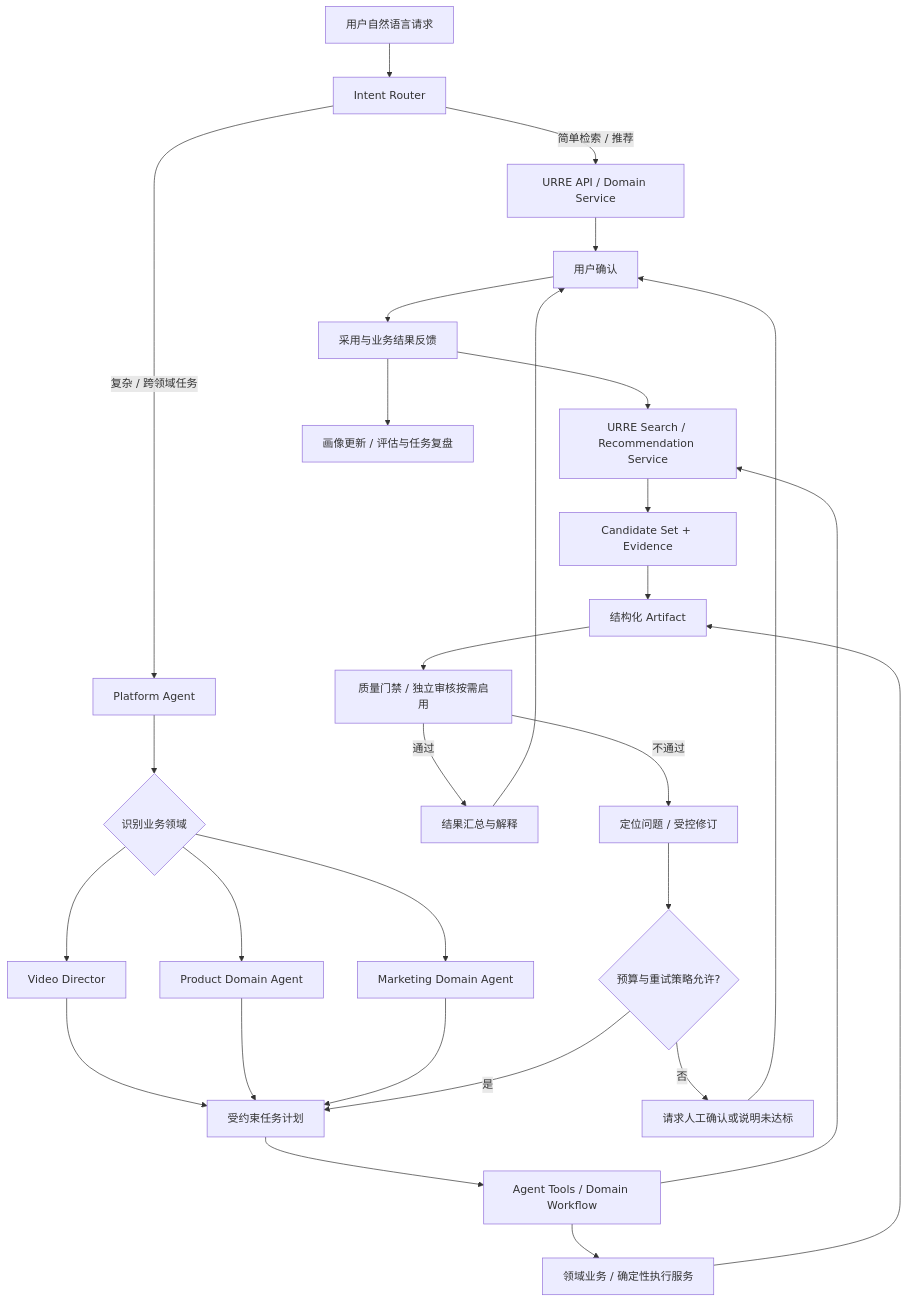
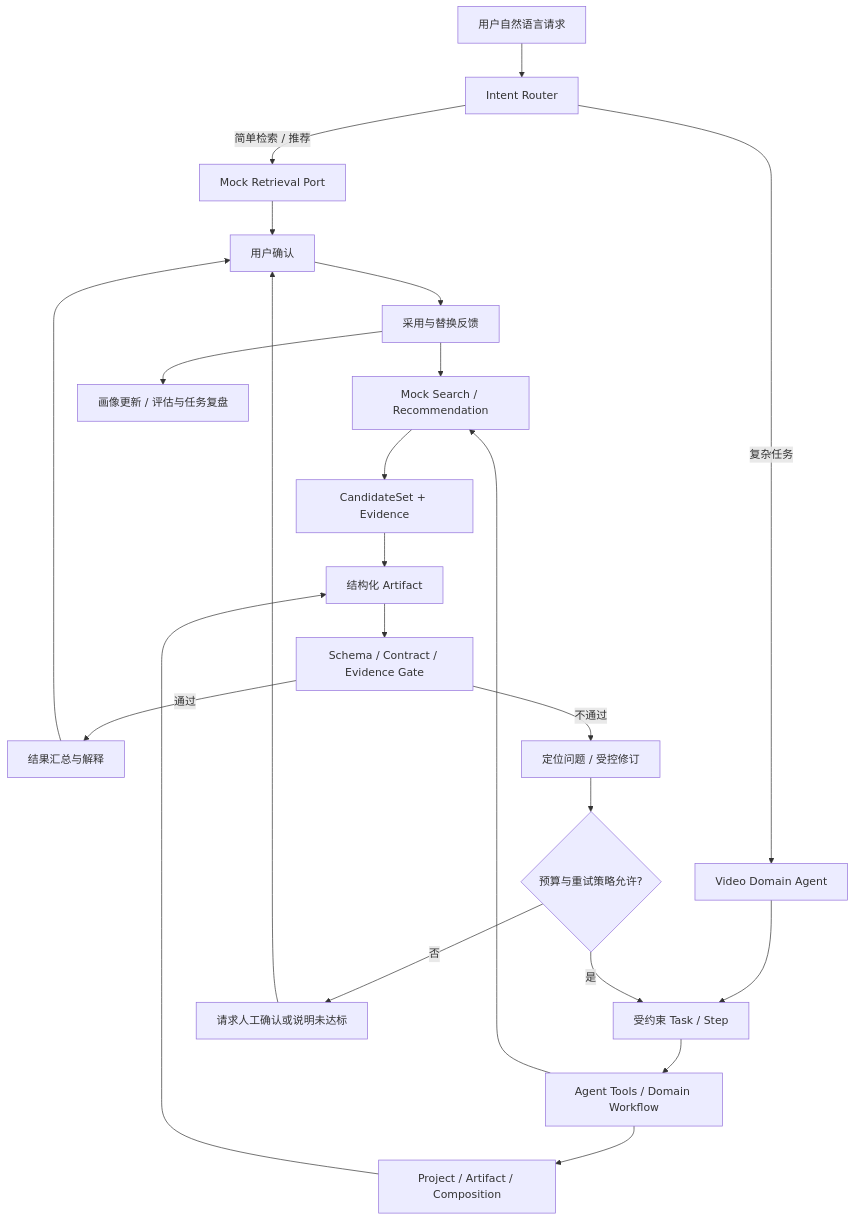
The fifth of 5 diagrams in 02_AgentRuntime架构设计.md (human-cosmos/search-rec-docs), drawn with Mermaid before and after one commit. The commit also changed other lines of this file and 14 other files, not shown here.

Commit message:
docs: finalize Video/Clip agent scope and remove rights filtering

````diff
--- a/02_AgentRuntime架构设计.md
+++ b/02_AgentRuntime架构设计.md
@@ -216,40 +329,32 @@
 ```mermaid
 flowchart TB
   U[用户自然语言请求] --> ROUTER[Intent Router]
 
-  ROUTER -->|简单检索 / 推荐| FAST[URRE API / Domain Service]
-  ROUTER -->|复杂 / 跨领域任务| PA[Platform Agent]
+  ROUTER -->|简单检索 / 推荐| FAST[Mock Retrieval Port]
+  ROUTER -->|复杂任务| VD[Video Domain Agent]
 
-  PA --> DOMAIN{识别业务领域}
-  DOMAIN --> VD[Video Director]
-  DOMAIN --> PD[Product Domain Agent]
-  DOMAIN --> MD[Marketing Domain Agent]
+  VD --> PLAN[受约束 Task / Step]
+  PLAN --> EXEC[Agent Tools / Domain Workflow]
+  EXEC --> URRE[Mock Search / Recommendation]
+  EXEC --> DSERV[Project / Artifact / Composition]
 
-  VD --> PLAN[受约束任务计划]
-  PD --> PLAN
-  MD --> PLAN
-
-  PLAN --> EXEC[Agent Tools / Domain Workflow]
-  EXEC --> URRE[URRE Search / Recommendation Service]
-  EXEC --> DSERV[领域业务 / 确定性执行服务]
-
-  URRE --> CAND[Candidate Set + Evidence]
+  URRE --> CAND[CandidateSet + Evidence]
   DSERV --> ART[结构化 Artifact]
   CAND --> ART
 
-  ART --> QA[质量门禁 / 独立审核按需启用]
+  ART --> QA[Schema / Contract / Evidence Gate]
   QA -->|通过| SUMMARY[结果汇总与解释]
   QA -->|不通过| FIX[定位问题 / 受控修订]
 
   FIX --> LIMIT{预算与重试策略允许?}
   LIMIT -->|是| PLAN
   LIMIT -->|否| HUMAN[请求人工确认或说明未达标]
 
   FAST --> CONFIRM[用户确认]
   SUMMARY --> CONFIRM
   HUMAN --> CONFIRM
 
-  CONFIRM --> FEEDBACK[采用与业务结果反馈]
+  CONFIRM --> FEEDBACK[采用与替换反馈]
   FEEDBACK --> URRE
   FEEDBACK --> PROFILE[画像更新 / 评估与任务复盘]
 ```
````
